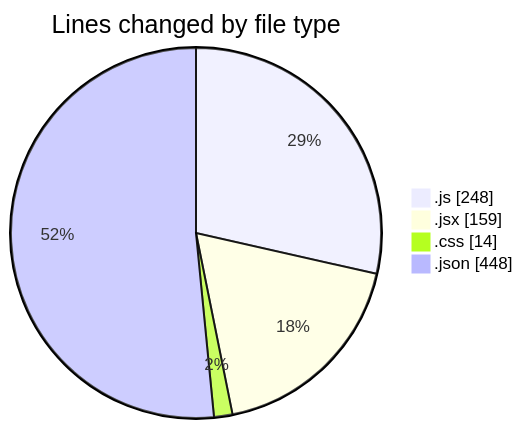
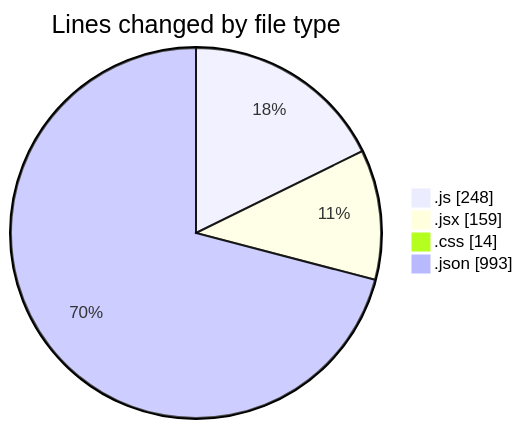
The first of 2 diagrams in 2025-07-01/urlwebwalatask/README.md (Ritupan-Deka/code-tracking), drawn with Mermaid before and after one commit. The commit also changed other lines of this file and 1 other file, not shown here.

````diff
--- a/2025-07-01/urlwebwalatask/README.md
+++ b/2025-07-01/urlwebwalatask/README.md
@@ -26,8 +27,8 @@
 ```mermaid
 pie showData
 title Lines changed by file type
 ".js" : 248
 ".jsx" : 159
 ".css" : 14
-".json" : 448
+".json" : 993
 ```
````
